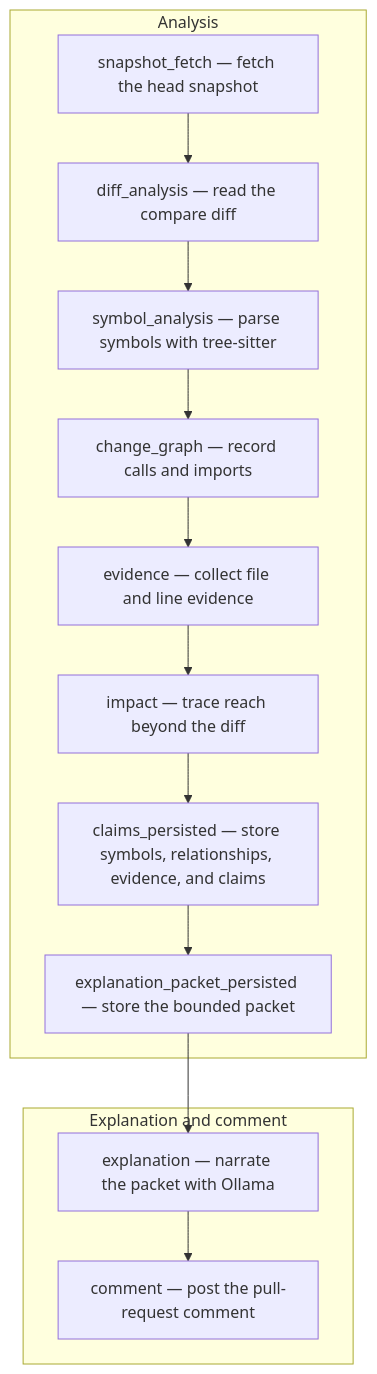
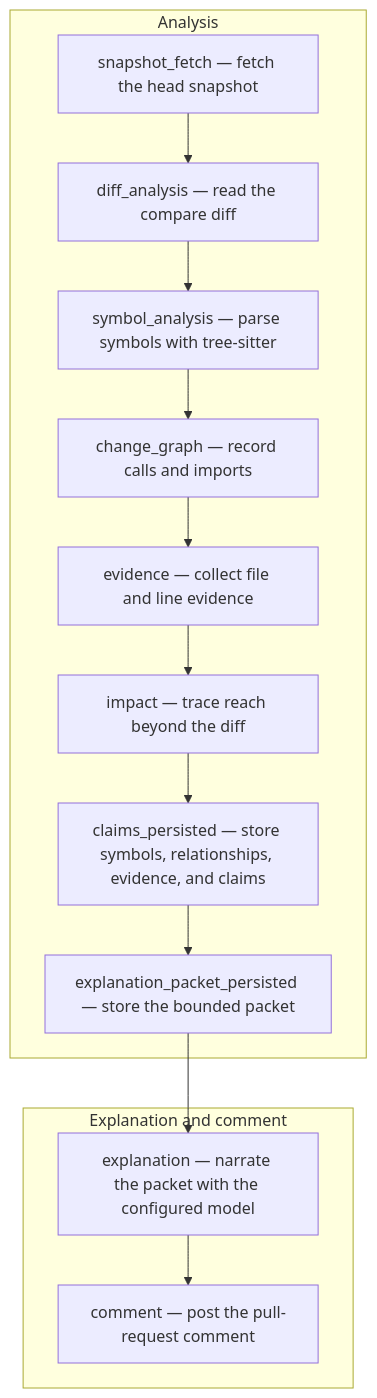
Before and after one commit to rajatrao/PR_explain: the diagram in README.md, drawn with Mermaid. The commit also changed other lines of this file and 6 other files, not shown here.

Commit message:
Allow a configured cloud model to narrate the explanation packet without falling back to local Ollama.

````diff
--- a/README.md
+++ b/README.md
@@ -62,26 +81,26 @@
 ```mermaid
 flowchart TD
   subgraph analysis [Analysis]
     snapshot_fetch["snapshot_fetch — fetch the head snapshot"]
     diff_analysis["diff_analysis — read the compare diff"]
     symbol_analysis["symbol_analysis — parse symbols with tree-sitter"]
     change_graph["change_graph — record calls and imports"]
     evidence["evidence — collect file and line evidence"]
     impact["impact — trace reach beyond the diff"]
     claims_persisted["claims_persisted — store symbols, relationships, evidence, and claims"]
     explanation_packet_persisted["explanation_packet_persisted — store the bounded packet"]
     snapshot_fetch --> diff_analysis
     diff_analysis --> symbol_analysis
     symbol_analysis --> change_graph
     change_graph --> evidence
     evidence --> impact
     impact --> claims_persisted
     claims_persisted --> explanation_packet_persisted
   end
   subgraph narration [Explanation and comment]
-    explanation["explanation — narrate the packet with Ollama"]
+    explanation["explanation — narrate the packet with the configured model"]
     comment["comment — post the pull-request comment"]
     explanation --> comment
   end
   explanation_packet_persisted --> explanation
 ```
````
